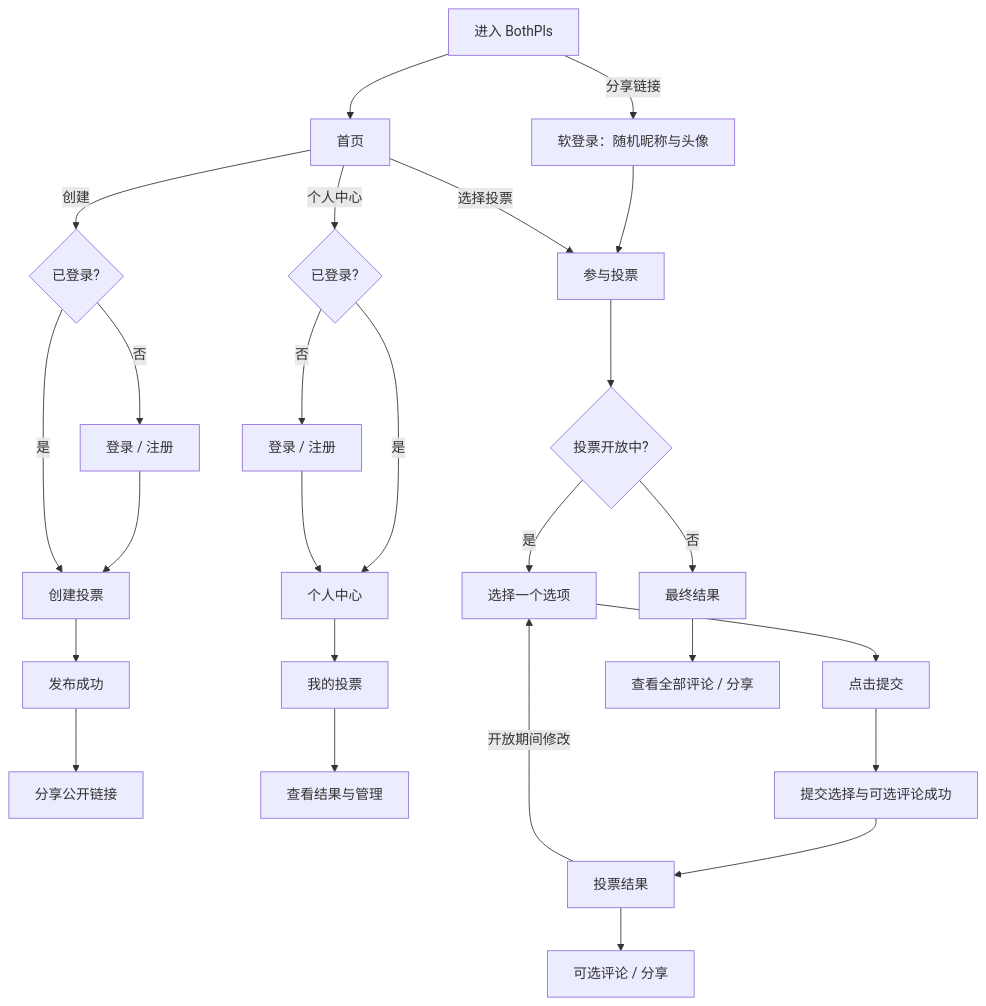
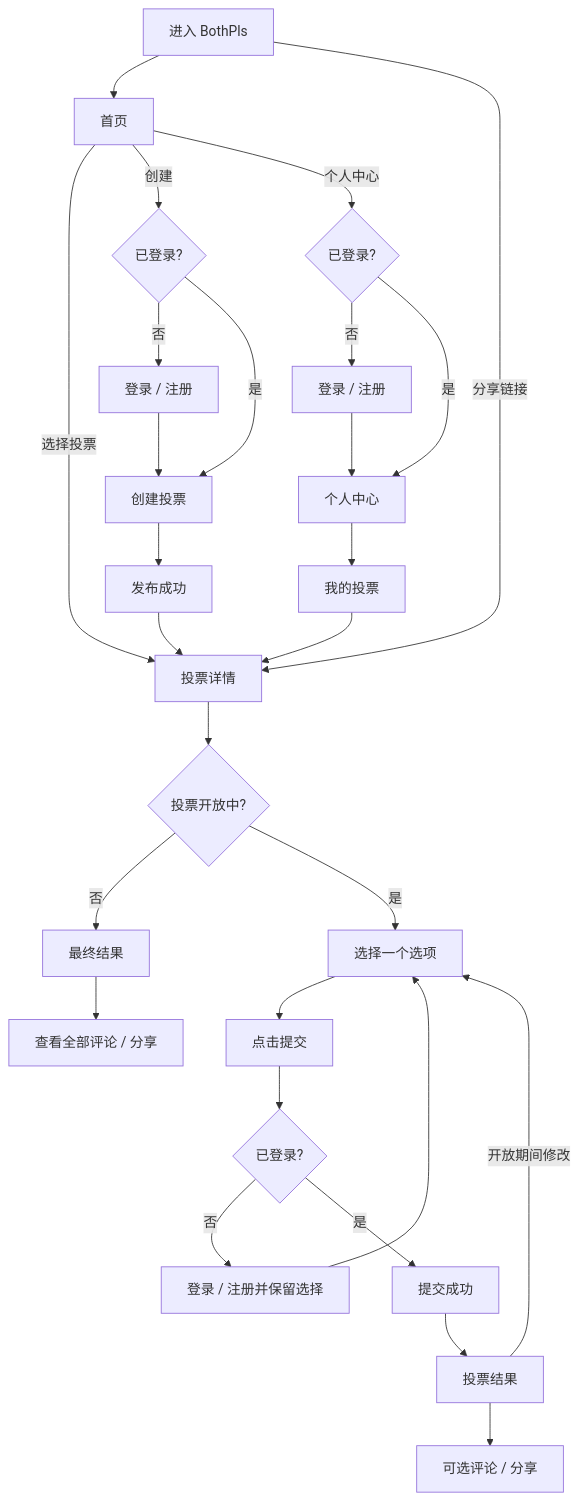
The first of 8 diagrams in docs/UserFlow.md (sd5913/The-Aliien-Repo), drawn with Mermaid before and after one commit. The commit also changed other lines of this file and 3 other files, not shown here.

````diff
--- a/docs/UserFlow.md
+++ b/docs/UserFlow.md
@@ -11,33 +11,35 @@
 ```mermaid
 flowchart TD
     A[进入 BothPls] --> B[首页]
-    A -->|分享链接| SL[软登录：随机昵称与头像]
-    SL --> C[参与投票]
+    A -->|分享链接| C[投票详情]
 
     B -->|选择投票| C
     B -->|创建| D{已登录?}
     B -->|个人中心| E{已登录?}
 
     D -->|否| F[登录 / 注册]
     F --> G[创建投票]
     D -->|是| G
     G --> H[发布成功]
-    H --> H1[分享公开链接]
+    H --> C
 
     E -->|否| I[登录 / 注册]
     E -->|是| J[个人中心]
     I --> J
     J --> K[我的投票]
-    K --> K1[查看结果与管理]
+    K --> C
 
     C --> L{投票开放中?}
     L -->|否| M[最终结果]
     L -->|是| N[选择一个选项]
     N --> O[点击提交]
-    O --> R[提交选择与可选评论成功]
+    O --> P{已登录?}
+    P -->|否| Q[登录 / 注册并保留选择]
+    Q --> N
+    P -->|是| R[提交成功]
     R --> S[投票结果]
 
     S -->|开放期间修改| N
     S --> T[可选评论 / 分享]
     M --> U[查看全部评论 / 分享]
 ```
````
